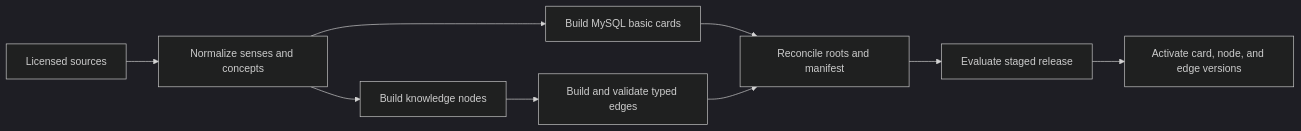
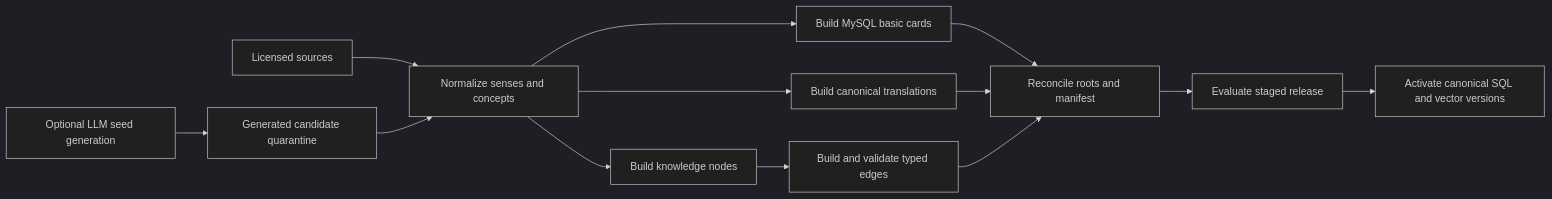
The diagram in docs/guides/content-publishing.md (Ashex-x/Transnet), drawn with Mermaid (dark theme) before and after one commit. The commit also changed other lines of this file and 59 other files, not shown here.

````diff
--- a/docs/guides/content-publishing.md
+++ b/docs/guides/content-publishing.md
@@ -17,11 +17,15 @@
 ```mermaid
 flowchart LR
   source["Licensed sources"] --> normalize["Normalize senses and concepts"]
+  seed["Optional LLM seed generation"] --> candidates["Generated candidate quarantine"]
+  candidates --> normalize
   normalize --> cards["Build MySQL basic cards"]
+  normalize --> translations["Build canonical translations"]
   normalize --> nodes["Build knowledge nodes"]
   nodes --> edges["Build and validate typed edges"]
   cards --> reconcile["Reconcile roots and manifest"]
+  translations --> reconcile
   edges --> reconcile
   reconcile --> evaluate["Evaluate staged release"]
-  evaluate --> activate["Activate card, node, and edge versions"]
+  evaluate --> activate["Activate canonical SQL and vector versions"]
 ```
````
